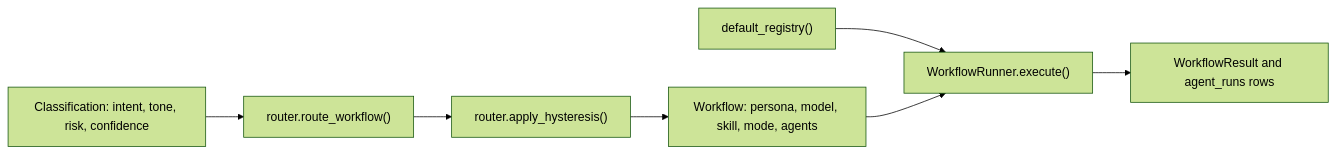
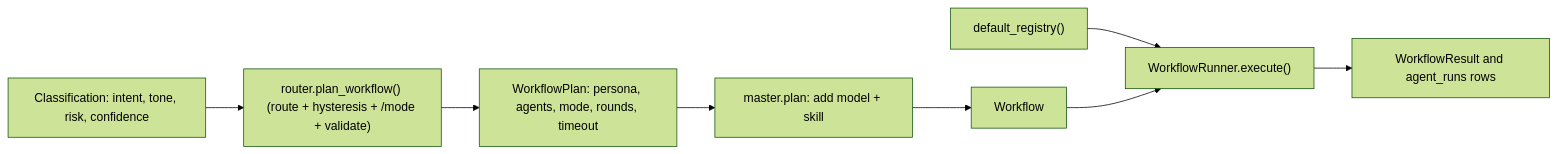
One commit to GTuritto/ubongo changed the fifth of 7 diagrams in docs/system-architecture.md. Above: the diagram before and after it, drawn with Mermaid (forest theme). The commit also changed other lines of this file and 9 other files, not shown here.

First line of the commit message:
docs: actualize documentation + C4 diagrams for the deepening (ADR-0012)

````diff
--- a/docs/system-architecture.md
+++ b/docs/system-architecture.md
@@ -236,9 +237,10 @@
 ```mermaid
 flowchart LR
-    C["Classification: intent, tone, risk, confidence"] --> ROUTE["router.route_workflow()"]
-    ROUTE --> HYST["router.apply_hysteresis()"]
-    HYST --> WF["Workflow: persona, model, skill, mode, agents"]
+    C["Classification: intent, tone, risk, confidence"] --> PLAN["router.plan_workflow() (route + hysteresis + /mode + validate)"]
+    PLAN --> WP["WorkflowPlan: persona, agents, mode, rounds, timeout"]
+    WP --> MAP["master.plan: add model + skill"]
+    MAP --> WF["Workflow"]
     REG["default_registry()"] --> RUN["WorkflowRunner.execute()"]
     WF --> RUN
     RUN --> OUT["WorkflowResult and agent_runs rows"]
 ```
````
